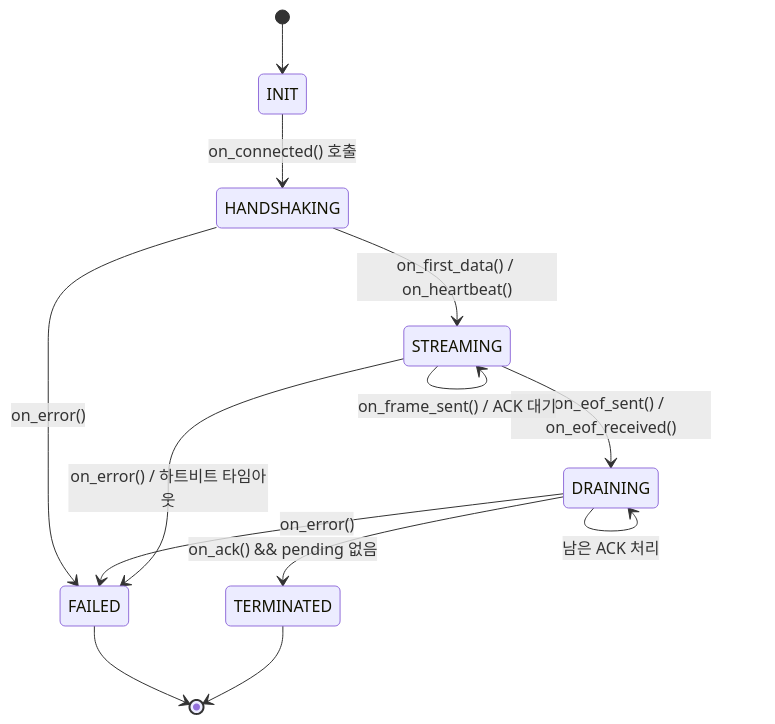
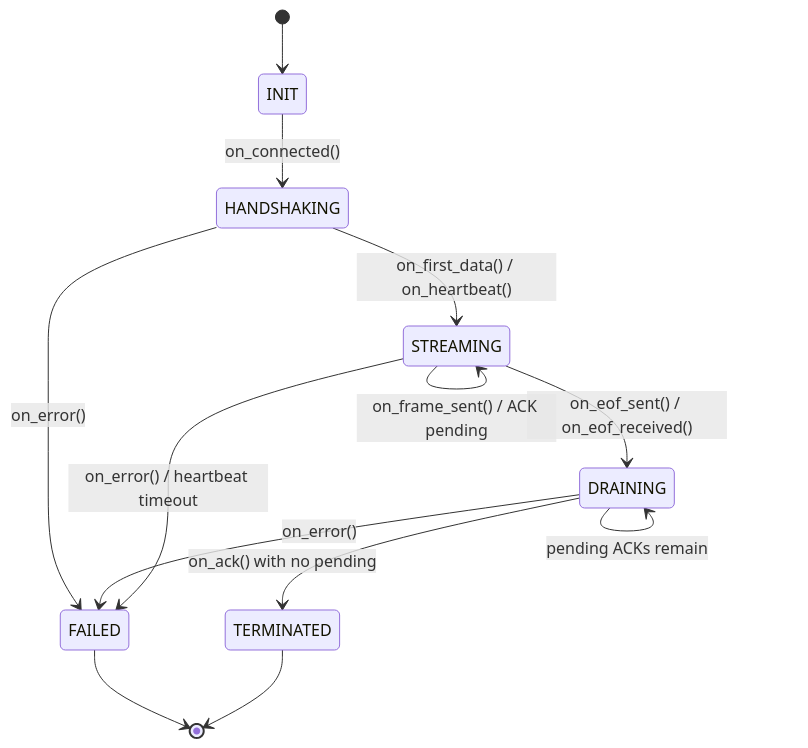
The diagram in docs/mermaid/tcp_control_plane_sequence.mmd (StudentDONGHYUN/draco_tcpip), drawn with Mermaid before and after one commit. The commit also changed 22 other files, not shown here.

```diff
--- a/docs/mermaid/tcp_control_plane_sequence.mmd
+++ b/docs/mermaid/tcp_control_plane_sequence.mmd
@@ -1,13 +1,13 @@
 stateDiagram-v2
   [*] --> INIT
-  INIT --> HANDSHAKING: on_connected() 호출
+  INIT --> HANDSHAKING: on_connected()
   HANDSHAKING --> STREAMING: on_first_data() / on_heartbeat()
   STREAMING --> DRAINING: on_eof_sent() / on_eof_received()
-  DRAINING --> TERMINATED: on_ack() && pending 없음
-  STREAMING --> FAILED: on_error() / 하트비트 타임아웃
+  DRAINING --> TERMINATED: on_ack() with no pending
+  STREAMING --> FAILED: on_error() / heartbeat timeout
   DRAINING --> FAILED: on_error()
   HANDSHAKING --> FAILED: on_error()
   TERMINATED --> [*]
   FAILED --> [*]
-  STREAMING --> STREAMING: on_frame_sent() / ACK 대기
-  DRAINING --> DRAINING: 남은 ACK 처리
+  STREAMING --> STREAMING: on_frame_sent() / ACK pending
+  DRAINING --> DRAINING: pending ACKs remain
```
